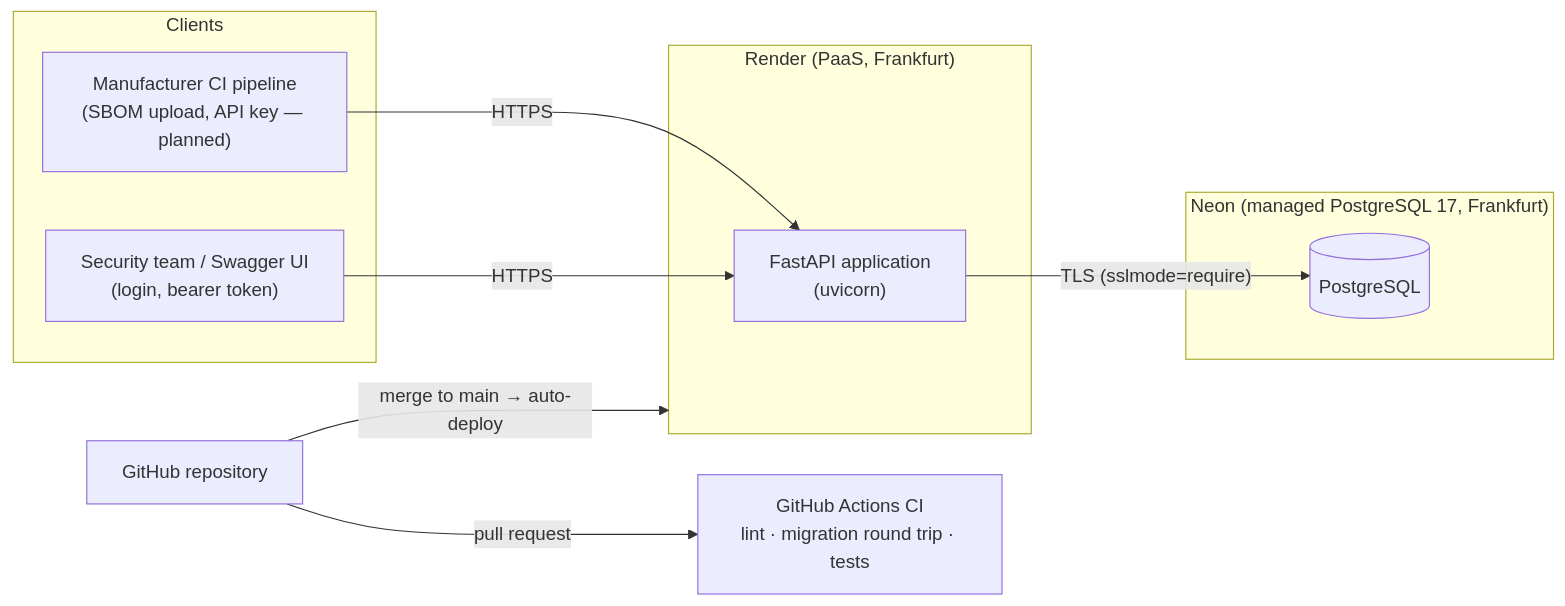
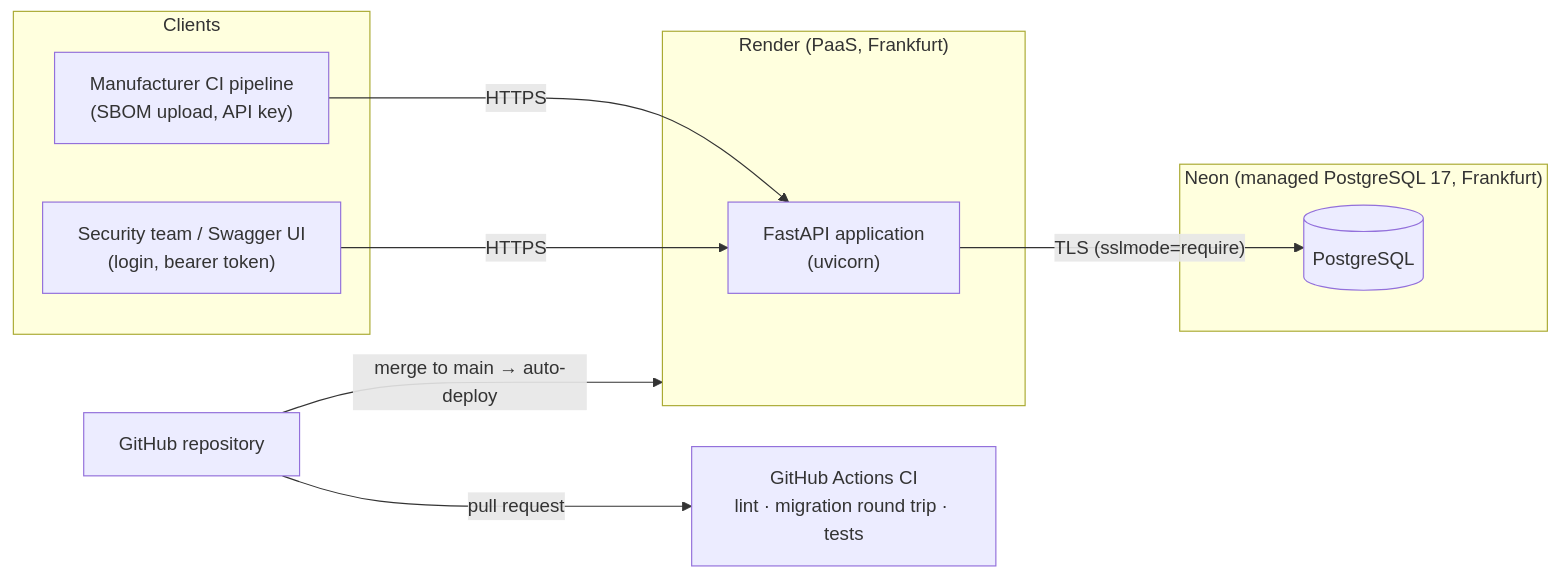
The diagram in README.md (eterna09/sbom-tracker), drawn with Mermaid before and after one commit. The commit also changed other lines of this file and 2 other files, not shown here.

Commit message:
docs: document API keys and SBOM upload

````diff
--- a/README.md
+++ b/README.md
@@ -43,22 +43,22 @@
 ```mermaid
 flowchart LR
     subgraph Clients
-        CI["Manufacturer CI pipeline<br/>(SBOM upload, API key — planned)"]
+        CI["Manufacturer CI pipeline<br/>(SBOM upload, API key)"]
         Analyst["Security team / Swagger UI<br/>(login, bearer token)"]
     end
 
     subgraph Render["Render (PaaS, Frankfurt)"]
         API["FastAPI application<br/>(uvicorn)"]
     end
 
     subgraph Neon["Neon (managed PostgreSQL 17, Frankfurt)"]
         DB[("PostgreSQL")]
     end
 
     GitHub["GitHub repository"] -->|"pull request"| Actions["GitHub Actions CI<br/>lint · migration round trip · tests"]
     GitHub -->|"merge to main → auto-deploy"| Render
 
     CI -->|HTTPS| API
     Analyst -->|HTTPS| API
     API -->|"TLS (sslmode=require)"| DB
 ```
````
